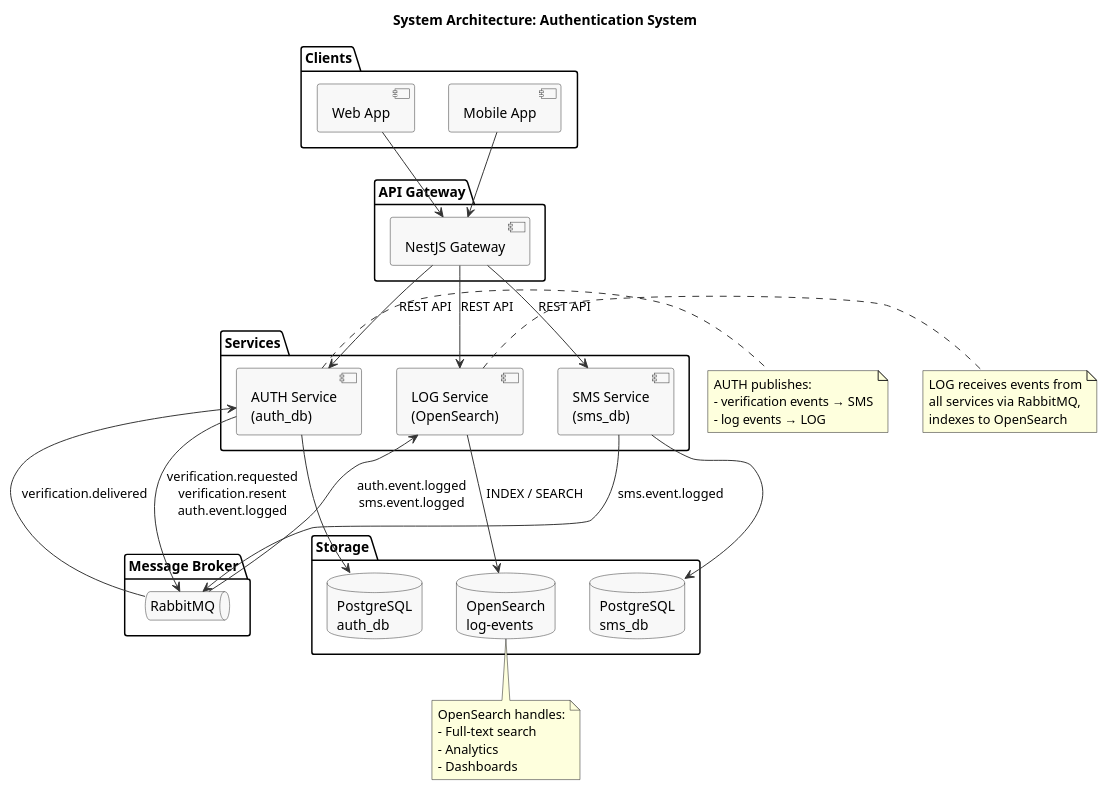
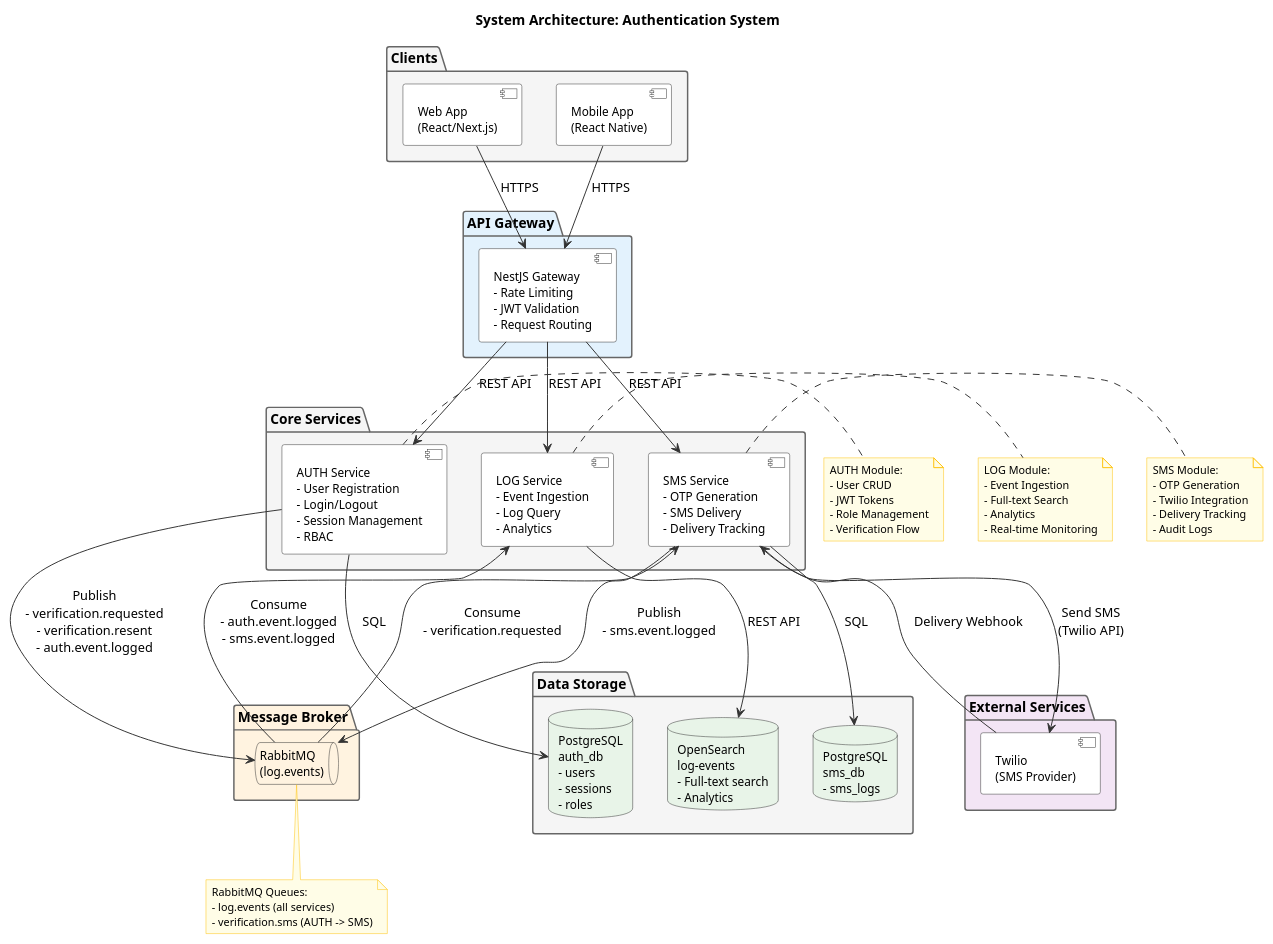
The diagram in templates/architecture-system.puml (namnh240795/document), drawn with PlantUML before and after one commit. The commit also changed 35 other files, not shown here.

First line of the commit message:
Merge system flows with use cases in SRS, update diagrams and module docs

```diff
--- a/templates/architecture-system.puml
+++ b/templates/architecture-system.puml
@@ -1,94 +1,157 @@
 @startuml
 ' ============================================================
 ' System Architecture - Authentication System
-' Shows all modules and their interactions
+' Clear, well-organized with labels and data flow
 ' ============================================================
 
 skinparam component {
-  BackgroundColor #F8F8F8
+  BackgroundColor #FFFFFF
   BorderColor #333333
   ArrowColor #333333
+  FontSize 12
 }
 
 skinparam database {
-  BackgroundColor #F8F8F8
+  BackgroundColor #E8F4E8
   BorderColor #333333
+  FontSize 12
 }
 
 skinparam queue {
-  BackgroundColor #F8F8F8
+  BackgroundColor #FFF3E0
   BorderColor #333333
+  FontSize 12
+}
+
+skinparam package {
+  BackgroundColor #FFFFFF
+  BorderColor #666666
+  FontSize 14
+}
+
+skinparam note {
+  BackgroundColor #FFFDE7
+  BorderColor #FFC107
+  FontSize 11
 }
 
 title System Architecture: Authentication System
 
-package "Clients" as clients {
-  component "Web App" as web
-  component "Mobile App" as mobile
+' ============================================================
+' CLIENTS
+' ============================================================
+package "Clients" #F5F5F5 {
+  component "Web App\n(React/Next.js)" as web
+  component "Mobile App\n(React Native)" as mobile
 }
 
-package "API Gateway" as gw {
-  component "NestJS Gateway" as gateway
+' ============================================================
+' GATEWAY
+' ============================================================
+package "API Gateway" #E3F2FD {
+  component "NestJS Gateway\n- Rate Limiting\n- JWT Validation\n- Request Routing" as gateway
 }
 
-package "Services" as services {
-  component "AUTH Service\n(auth_db)" as auth
-  component "SMS Service\n(sms_db)" as sms
-  component "LOG Service\n(OpenSearch)" as log
+' ============================================================
+' CORE SERVICES
+' ============================================================
+package "Core Services" #F5F5F5 {
+  component "AUTH Service\n- User Registration\n- Login/Logout\n- Session Management\n- RBAC" as auth
+
+  component "SMS Service\n- OTP Generation\n- SMS Delivery\n- Delivery Tracking" as sms
+
+  component "LOG Service\n- Event Ingestion\n- Log Query\n- Analytics" as log
 }
 
-package "Message Broker" as broker {
-  queue "RabbitMQ" as mq
+' ============================================================
+' MESSAGE BROKER
+' ============================================================
+package "Message Broker" #FFF3E0 {
+  queue "RabbitMQ\n(log.events)" as mq
 }
 
-package "Storage" as storage {
-  database "PostgreSQL\nauth_db" as pgAuth
-  database "PostgreSQL\nsms_db" as pgSms
-  database "OpenSearch\nlog-events" as os
+' ============================================================
+' DATA STORAGE
+' ============================================================
+package "Data Storage" #F5F5F5 {
+  database "PostgreSQL\nauth_db\n- users\n- sessions\n- roles" as pgAuth
+
+  database "PostgreSQL\nsms_db\n- sms_logs" as pgSms
+
+  database "OpenSearch\nlog-events\n- Full-text search\n- Analytics" as os
 }
 
-' --- Client to Gateway ---
-web --> gateway
-mobile --> gateway
+' ============================================================
+' EXTERNAL SERVICES
+' ============================================================
+package "External Services" #F3E5F5 {
+  component "Twilio\n(SMS Provider)" as twilio
+}
 
-' --- Gateway to Services ---
-gateway --> auth : "REST API"
-gateway --> sms : "REST API"
-gateway --> log : "REST API"
+' ============================================================
+' DATA FLOW - REST API
+' ============================================================
+web --> gateway : HTTPS
+mobile --> gateway : HTTPS
 
-' --- AUTH to Database ---
-auth --> pgAuth
+gateway --> auth : REST API
+gateway --> sms : REST API
+gateway --> log : REST API
 
-' --- SMS to Database ---
-sms --> pgSms
+' ============================================================
+' DATA FLOW - Database
+' ============================================================
+auth --> pgAuth : SQL
+sms --> pgSms : SQL
+log --> os : REST API
 
-' --- Inter-Module Communication ---
-auth --> mq : "verification.requested\nverification.resent\nauth.event.logged"
-sms --> mq : "sms.event.logged"
+' ============================================================
+' DATA FLOW - Message Queue
+' ============================================================
+auth --> mq : Publish\n- verification.requested\n- verification.resent\n- auth.event.logged
 
-mq --> auth : "verification.delivered"
-mq --> log : "auth.event.logged\nsms.event.logged"
+sms --> mq : Publish\n- sms.event.logged
 
-' --- LOG to OpenSearch ---
-log --> os : "INDEX / SEARCH"
+mq --> sms : Consume\n- verification.requested
+mq --> log : Consume\n- auth.event.logged\n- sms.event.logged
 
+' ============================================================
+' DATA FLOW - External
+' ============================================================
+sms --> twilio : Send SMS\n(Twilio API)
+twilio --> sms : Delivery Webhook
+
+' ============================================================
+' NOTES
+' ============================================================
 note right of auth
-  AUTH publishes:
-  - verification events → SMS
-  - log events → LOG
+  AUTH Module:
+  - User CRUD
+  - JWT Tokens
+  - Role Management
+  - Verification Flow
+end note
+
+note right of sms
+  SMS Module:
+  - OTP Generation
+  - Twilio Integration
+  - Delivery Tracking
+  - Audit Logs
 end note
 
 note right of log
-  LOG receives events from
-  all services via RabbitMQ,
-  indexes to OpenSearch
+  LOG Module:
+  - Event Ingestion
+  - Full-text Search
+  - Analytics
+  - Real-time Monitoring
 end note
 
-note bottom of os
-  OpenSearch handles:
-  - Full-text search
-  - Analytics
-  - Dashboards
+note bottom of mq
+  RabbitMQ Queues:
+  - log.events (all services)
+  - verification.sms (AUTH -> SMS)
 end note
 
 @enduml
```
